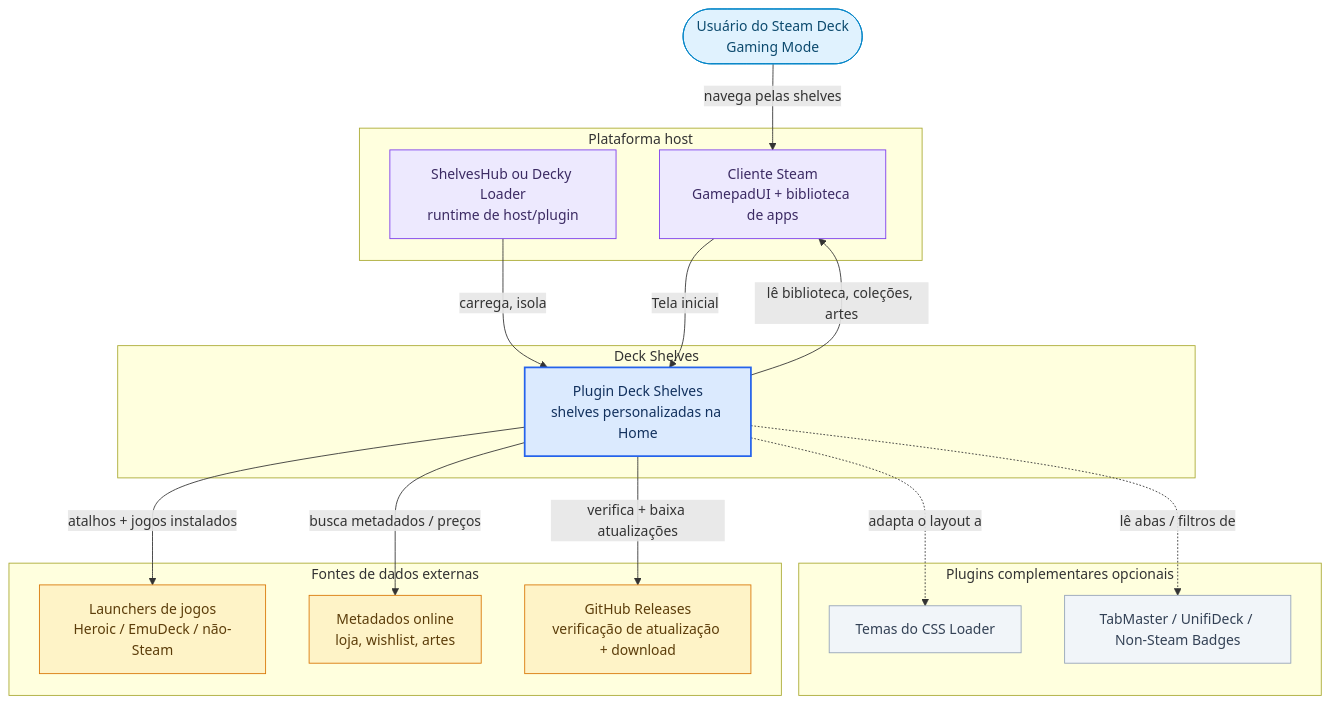
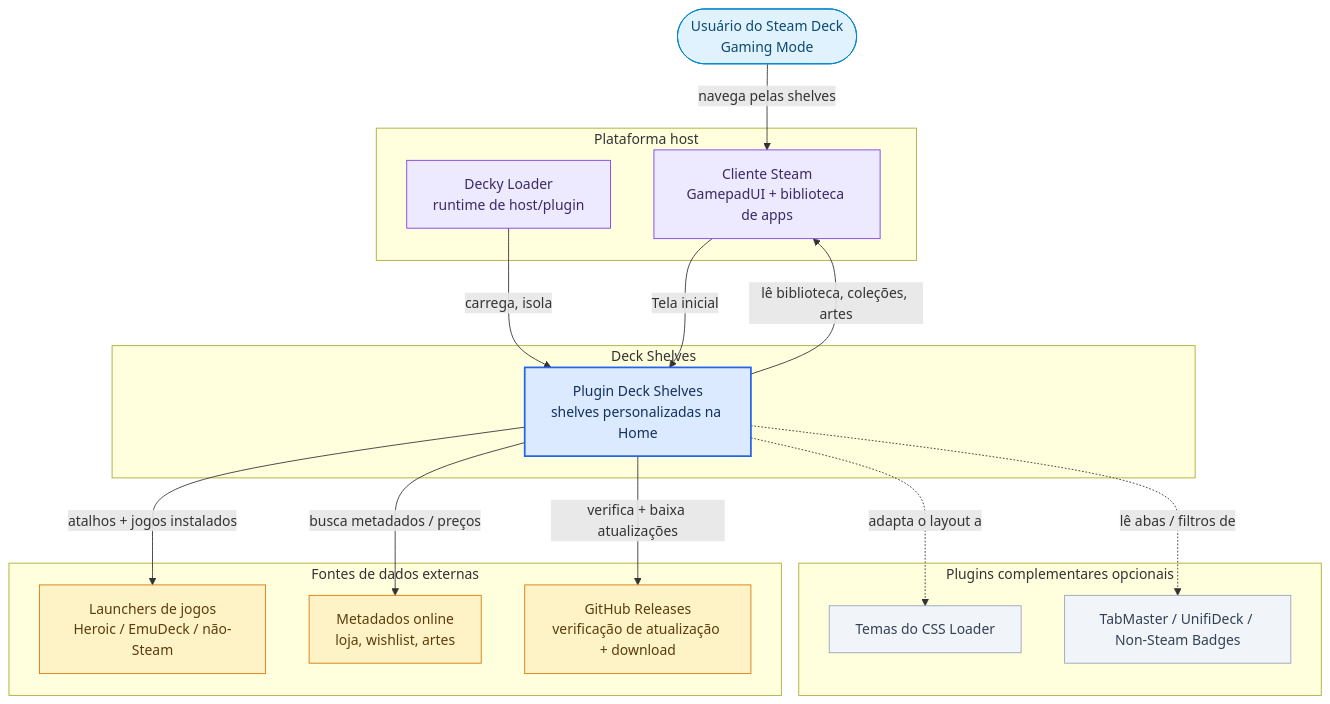
One commit to santojon/Deck-Shelves changed the first of 3 diagrams in docs/pt-BR/architecture.md. Above: the diagram before and after it, drawn with Mermaid. The commit also changed other lines of this file and 701 other files, not shown here.

````diff
--- a/docs/pt-BR/architecture.md
+++ b/docs/pt-BR/architecture.md
@@ -20,45 +19,45 @@
 ```mermaid
 flowchart TB
     user(["Usuário do Steam Deck<br/>Gaming Mode"])
 
     subgraph deckshelves["Deck Shelves"]
         plugin["Plugin Deck Shelves<br/>shelves personalizadas na Home"]
     end
 
     subgraph host["Plataforma host"]
-        decky["ShelvesHub ou Decky Loader<br/>runtime de host/plugin"]
+        decky["Decky Loader<br/>runtime de host/plugin"]
         steam["Cliente Steam<br/>GamepadUI + biblioteca de apps"]
     end
 
     subgraph external["Fontes de dados externas"]
         launchers["Launchers de jogos<br/>Heroic / EmuDeck / não-Steam"]
         online["Metadados online<br/>loja, wishlist, artes"]
         gh["GitHub Releases<br/>verificação de atualização + download"]
     end
 
     subgraph optional["Plugins complementares opcionais"]
         css["Temas do CSS Loader"]
         tabmaster["TabMaster / UnifiDeck / Non-Steam Badges"]
     end
 
     user -->|"navega pelas shelves"| steam
     steam -->|"Tela inicial"| plugin
     decky -->|"carrega, isola"| plugin
     plugin -->|"lê biblioteca, coleções, artes"| steam
     plugin -->|"atalhos + jogos instalados"| launchers
     plugin -->|"busca metadados / preços"| online
     plugin -->|"verifica + baixa atualizações"| gh
     plugin -.->|"adapta o layout a"| css
     plugin -.->|"lê abas / filtros de"| tabmaster
 
     classDef ds fill:#dbeafe,stroke:#2563eb,stroke-width:2px,color:#12315e
     classDef platform fill:#ede9fe,stroke:#7c3aed,color:#3b2a63
     classDef ext fill:#fef3c7,stroke:#d97706,color:#5c3d0a
     classDef opt fill:#f1f5f9,stroke:#94a3b8,color:#334155
     classDef actor fill:#e0f2fe,stroke:#0284c7,color:#0c4a6e
     class plugin ds
     class decky,steam platform
     class launchers,online,gh ext
     class css,tabmaster opt
     class user actor
 ```
````
